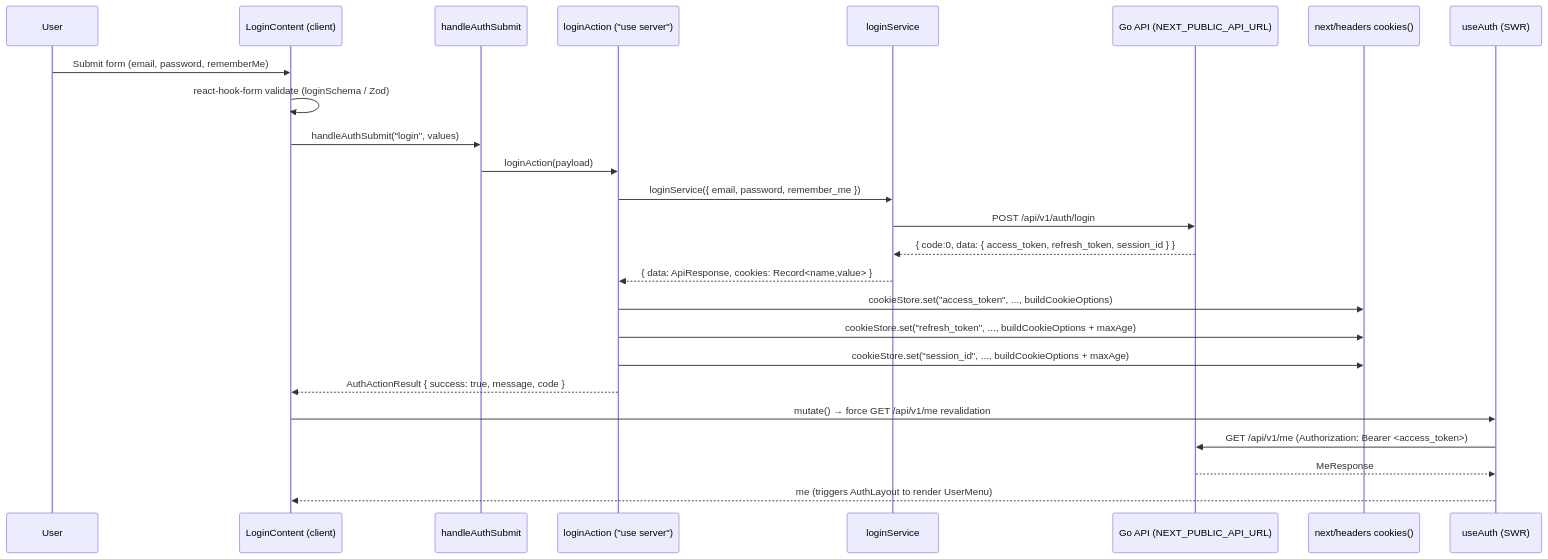
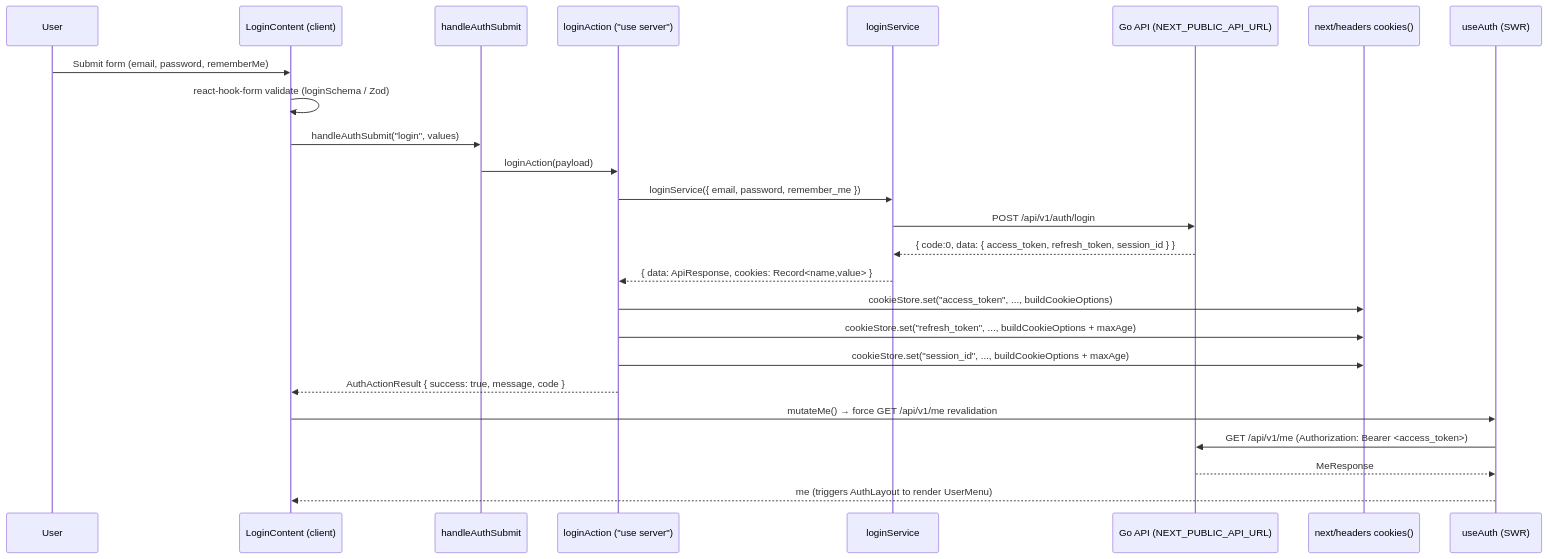
Before and after one commit to lkienkle11/fe-mycourse: the first of 3 diagrams in docs/flow.md, drawn with Mermaid. The commit also changed other lines of this file and 14 other files, not shown here.

Commit message:
docs: sync architecture, components, routing, and flow documentation

````diff
--- a/docs/flow.md
+++ b/docs/flow.md
@@ -30,28 +30,28 @@
 ```mermaid
 sequenceDiagram
   participant U as User
   participant LC as LoginContent (client)
   participant H as handleAuthSubmit
   participant SA as loginAction ("use server")
   participant LS as loginService
   participant API as Go API (NEXT_PUBLIC_API_URL)
   participant CK as next/headers cookies()
   participant SWR as useAuth (SWR)
 
   U->>LC: Submit form (email, password, rememberMe)
   LC->>LC: react-hook-form validate (loginSchema / Zod)
   LC->>H: handleAuthSubmit("login", values)
   H->>SA: loginAction(payload)
   SA->>LS: loginService({ email, password, remember_me })
   LS->>API: POST /api/v1/auth/login
   API-->>LS: { code:0, data: { access_token, refresh_token, session_id } }
   LS-->>SA: { data: ApiResponse, cookies: Record<name,value> }
   SA->>CK: cookieStore.set("access_token", ..., buildCookieOptions)
   SA->>CK: cookieStore.set("refresh_token", ..., buildCookieOptions + maxAge)
   SA->>CK: cookieStore.set("session_id", ..., buildCookieOptions + maxAge)
   SA-->>LC: AuthActionResult { success: true, message, code }
-  LC->>SWR: mutate() → force GET /api/v1/me revalidation
+  LC->>SWR: mutateMe() → force GET /api/v1/me revalidation
   SWR->>API: GET /api/v1/me  (Authorization: Bearer <access_token>)
   API-->>SWR: MeResponse
   SWR-->>LC: me (triggers AuthLayout to render UserMenu)
 ```
````
